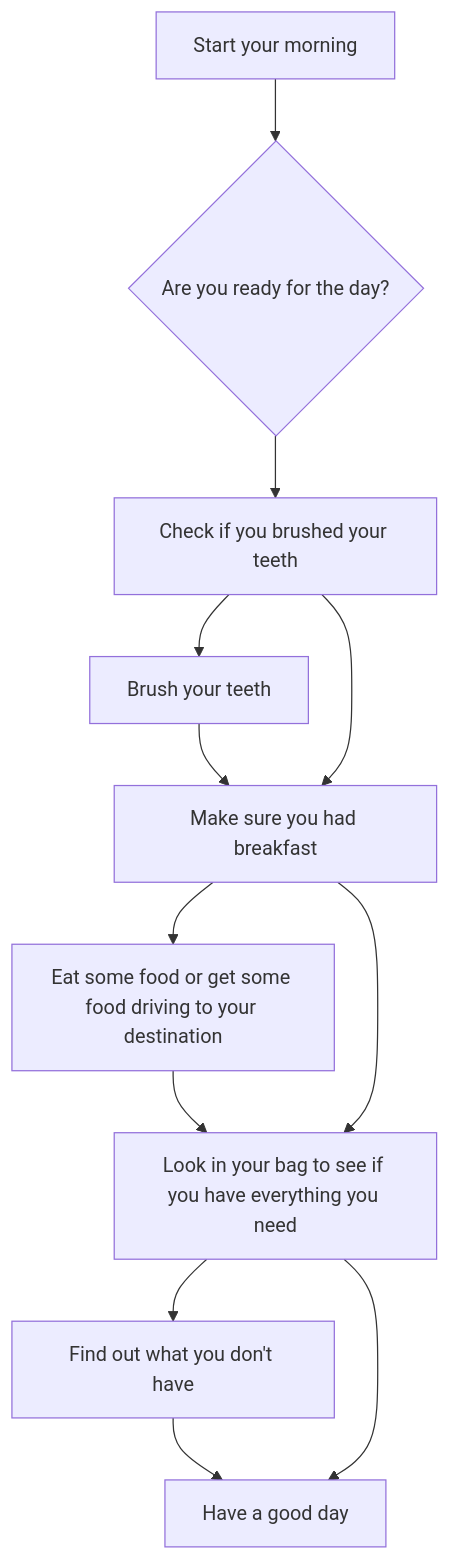
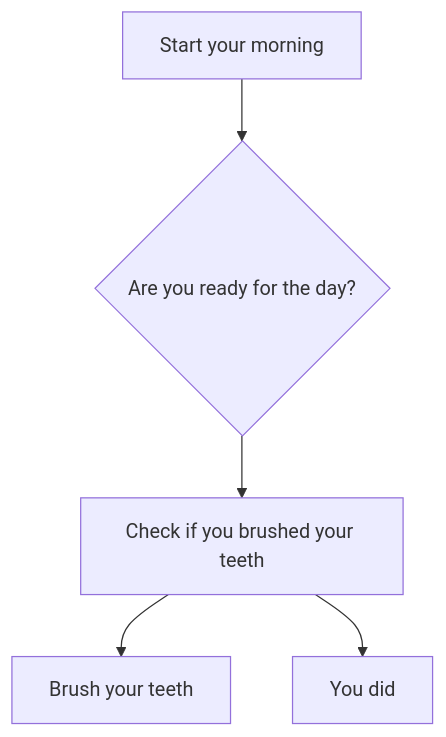
Before and after one commit to Edward3785/Edward3785.github.io: the diagram in Diagram.md, drawn with Mermaid. The commit also changed other lines of this file, not shown here.

Commit message:
Revamp test

````diff
--- a/Diagram.md
+++ b/Diagram.md
@@ -3,17 +3,11 @@
 ```mermaid
  flowchart TD;
      A[Start your morning]-->B{Are you ready for the day?};
      B --> C[Check if you brushed your teeth]
-     C --> F[Brush your teeth]
-     F --> D
-     C --> D[Make sure you had breakfast]
-     D --> G[Eat some food or get some food driving to your destination]
-     G --> E
-     D --> E[Look in your bag to see if you have everything you need]
-     E --> H[Find out what you don't have]
-     H --> Z
-     E --> Z[Have a good day]
-
+     C --> D[Brush your teeth]
+     C --> E[You did]
+     
+    
     
 
 ```
````
